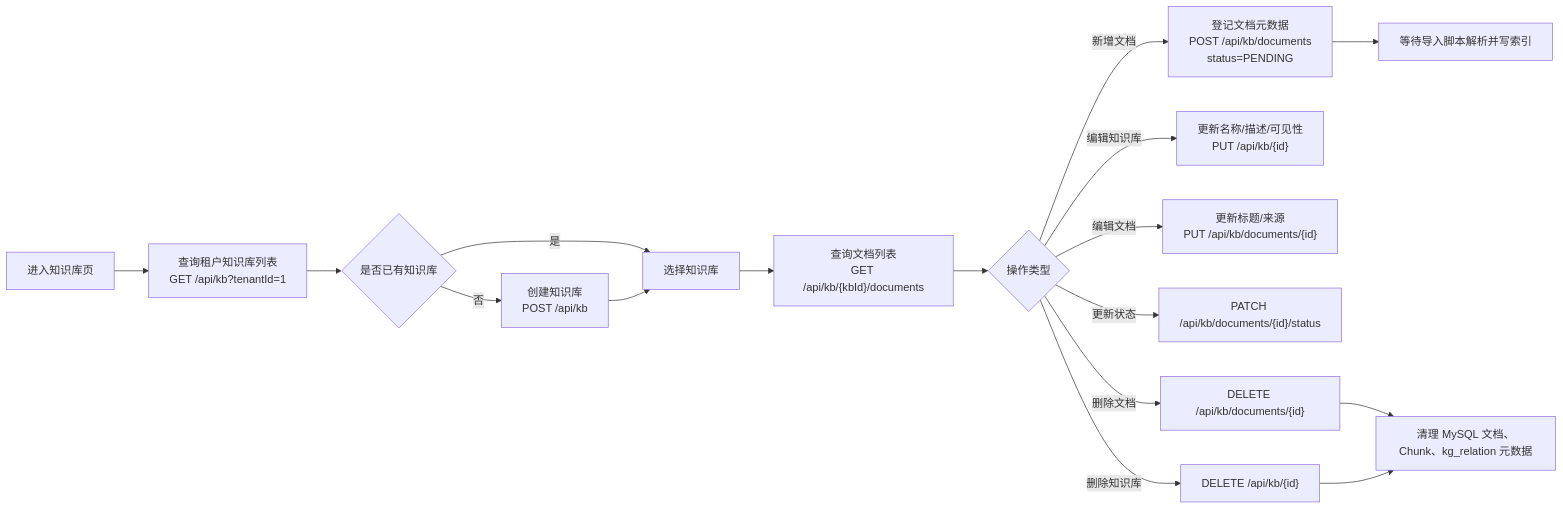
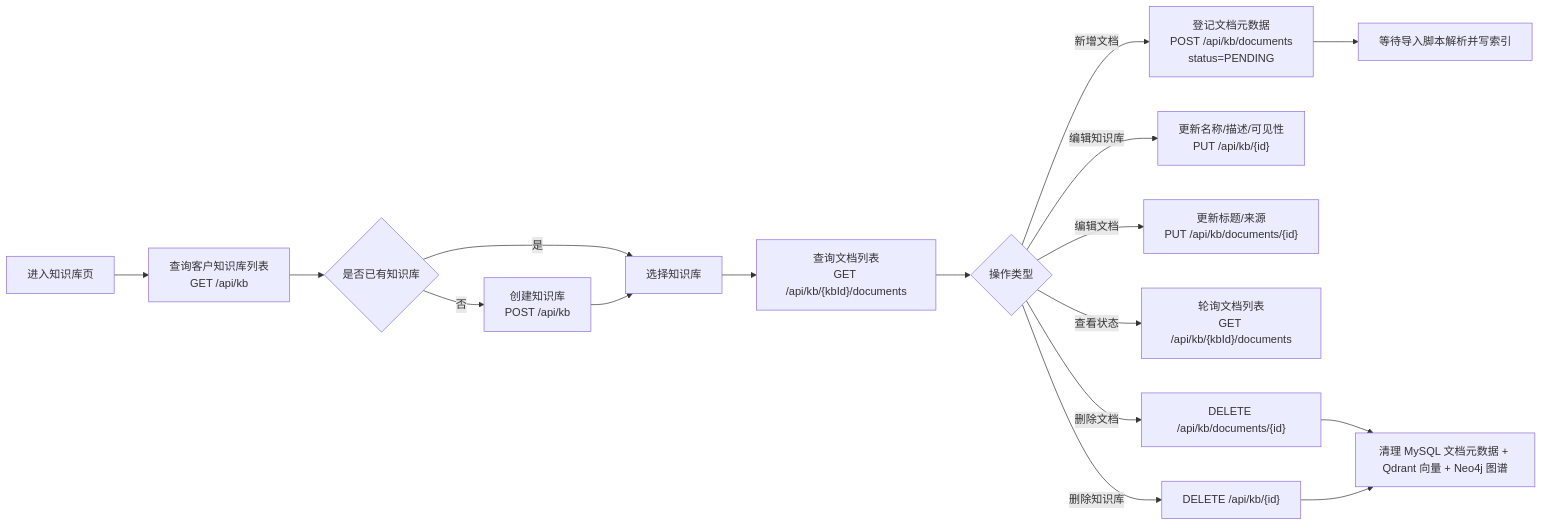
Before and after one commit to CarlosYonng/ai-agent-portfolio: the second of 6 diagrams in docs/KB_OPERATION_FLOW.md, drawn with Mermaid. The commit also changed other lines of this file and 271 other files, not shown here.

````diff
--- a/docs/KB_OPERATION_FLOW.md
+++ b/docs/KB_OPERATION_FLOW.md
@@ -47,19 +46,19 @@
 ```mermaid
 flowchart LR
-    A["进入知识库页"] --> B["查询租户知识库列表<br/>GET /api/kb?tenantId=1"]
+    A["进入知识库页"] --> B["查询客户知识库列表<br/>GET /api/kb"]
     B --> C{是否已有知识库}
     C -->|否| D["创建知识库<br/>POST /api/kb"]
     C -->|是| E["选择知识库"]
     D --> E
     E --> F["查询文档列表<br/>GET /api/kb/{kbId}/documents"]
     F --> G{操作类型}
     G -->|新增文档| H["登记文档元数据<br/>POST /api/kb/documents<br/>status=PENDING"]
     G -->|编辑知识库| I["更新名称/描述/可见性<br/>PUT /api/kb/{id}"]
     G -->|编辑文档| J["更新标题/来源<br/>PUT /api/kb/documents/{id}"]
-    G -->|更新状态| K["PATCH /api/kb/documents/{id}/status"]
+    G -->|查看状态| K["轮询文档列表<br/>GET /api/kb/{kbId}/documents"]
     G -->|删除文档| L["DELETE /api/kb/documents/{id}"]
     G -->|删除知识库| M["DELETE /api/kb/{id}"]
     H --> N["等待导入脚本解析并写索引"]
-    L --> O["清理 MySQL 文档、Chunk、kg_relation 元数据"]
+    L --> O["清理 MySQL 文档元数据 + Qdrant 向量 + Neo4j 图谱"]
     M --> O
 ```
````
